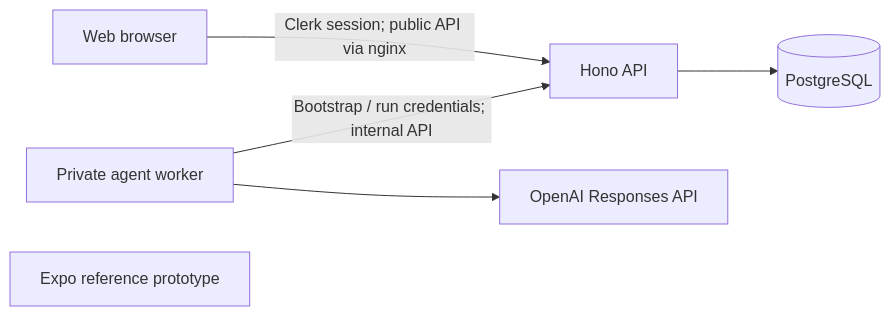
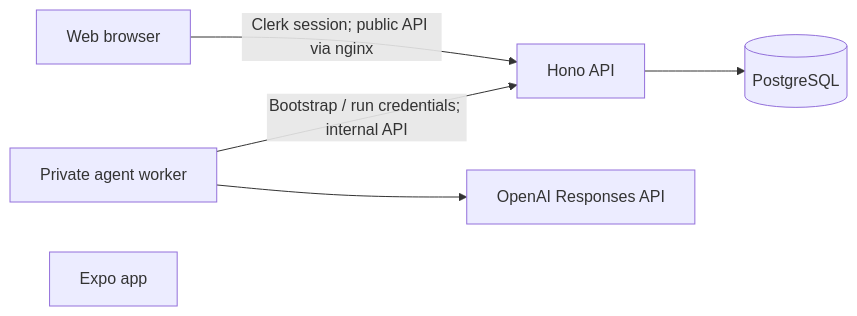
One commit to benjamingriff/askesis changed the diagram in docs/architecture/repository-and-service-architecture.md. Above: the diagram before and after it, drawn with Mermaid. The commit also changed other lines of this file and 124 other files, not shown here.

First line of the commit message:
Add a working Expo mobile app on the real API

````diff
--- a/docs/architecture/repository-and-service-architecture.md
+++ b/docs/architecture/repository-and-service-architecture.md
@@ -22,8 +23,8 @@
 ```mermaid
 flowchart LR
   Browser[Web browser] -->|Clerk session; public API via nginx| API[Hono API]
   Worker[Private agent worker] -->|Bootstrap / run credentials; internal API| API
   API --> DB[(PostgreSQL)]
   Worker --> Model[OpenAI Responses API]
-  Mobile[Expo reference prototype]
+  Mobile[Expo app]
 ```
````
